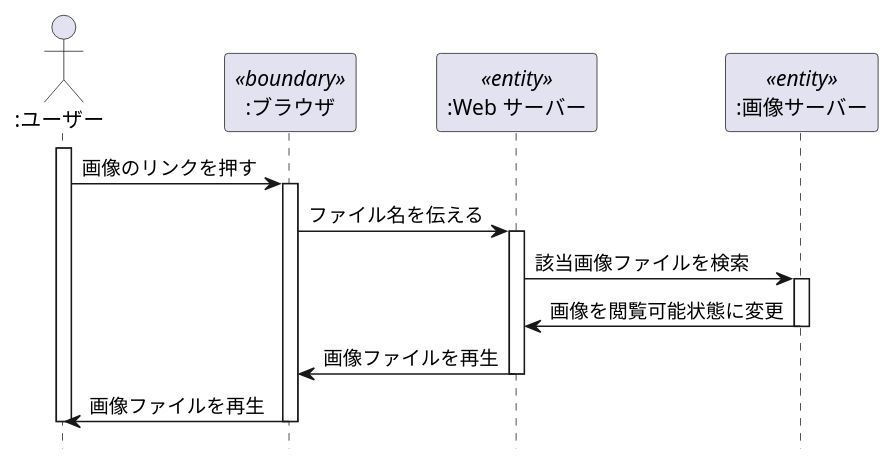
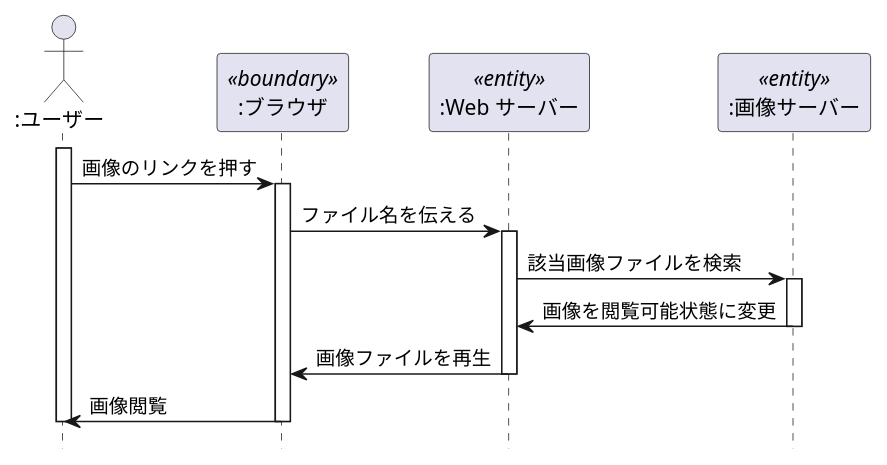
Before and after one commit to kikuchihibiki/uml-introduction: the diagram in 演習4-6_SD_Web画像検索.pu, drawn with PlantUML. The commit also changed 1 other file, not shown here.

```diff
--- a/演習4-6_SD_Web画像検索.pu
+++ b/演習4-6_SD_Web画像検索.pu
@@ -1,23 +1,23 @@
 @startuml
 hide footbox
 Actor ":ユーザー" as a
 participant ":ブラウザ" as b <<boundary>>
 participant ":Web サーバー" as c <<entity>>
 participant ":画像サーバー" as d <<entity>>
 
 
 activate a
 a->b:画像のリンクを押す
 activate b
 b->c:ファイル名を伝える
 activate c
 c->d:該当画像ファイルを検索
 activate d
 d->c:画像を閲覧可能状態に変更
 deactivate d
 c->b:画像ファイルを再生
 deactivate c
-b->a:画像ファイルを再生
+b->a:画像閲覧
 deactivate b
 deactivate a
 @enduml
```
